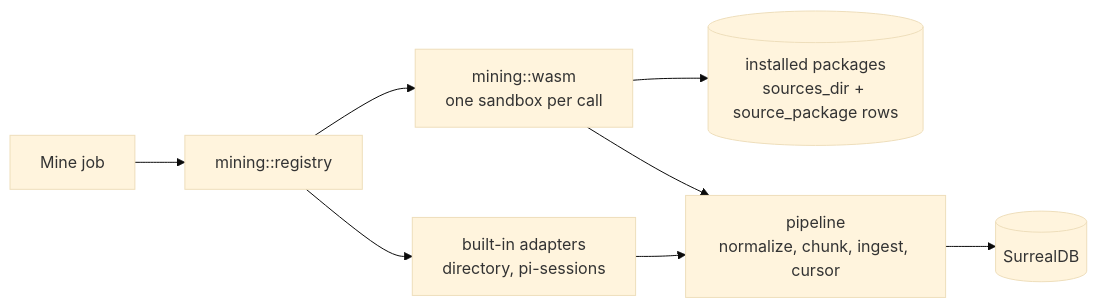
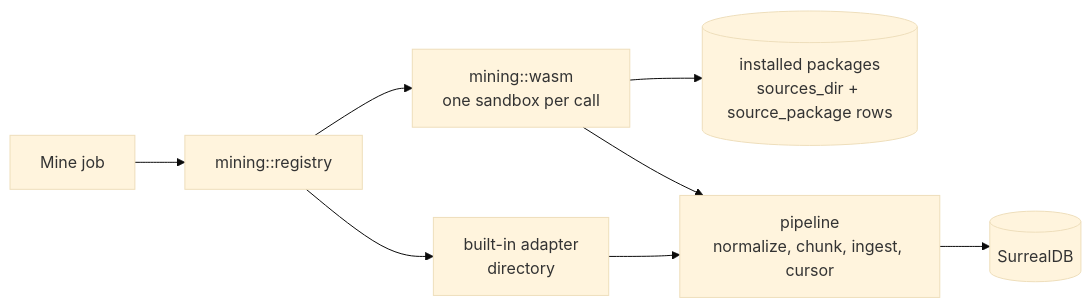
The tenth of 10 diagrams in docs/architecture.md (noirbizarre/memcastle), drawn with Mermaid (base theme) before and after one commit. The commit also changed other lines of this file and 48 other files, not shown here.

````diff
--- a/docs/architecture.md
+++ b/docs/architecture.md
@@ -599,10 +599,10 @@
 ```mermaid
 flowchart LR
     J["Mine job"] --> REG["mining::registry"]
-    REG --> NAT["built-in adapters<br/>directory, pi-sessions"]
+    REG --> NAT["built-in adapter<br/>directory"]
     REG --> WA["mining::wasm<br/>one sandbox per call"]
     WA --> PKG[("installed packages<br/>sources_dir + source_package rows")]
     NAT --> PIPE["pipeline<br/>normalize, chunk, ingest, cursor"]
     WA --> PIPE
     PIPE --> DB[(SurrealDB)]
 ```
````
